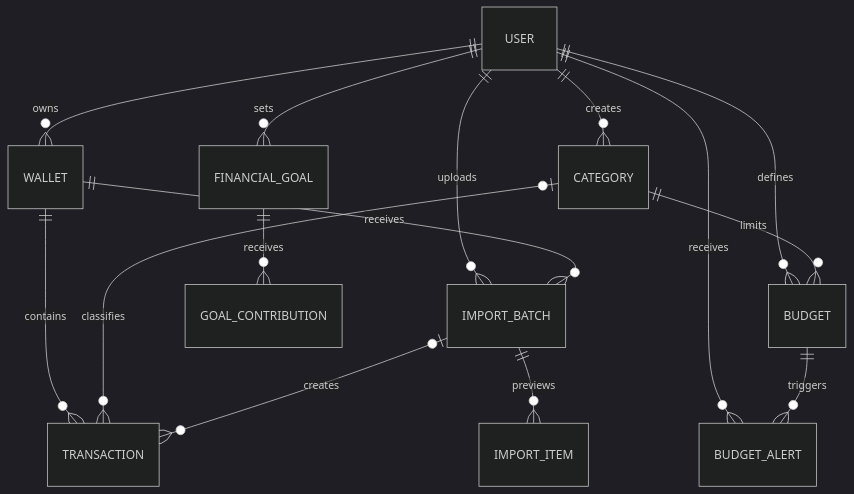
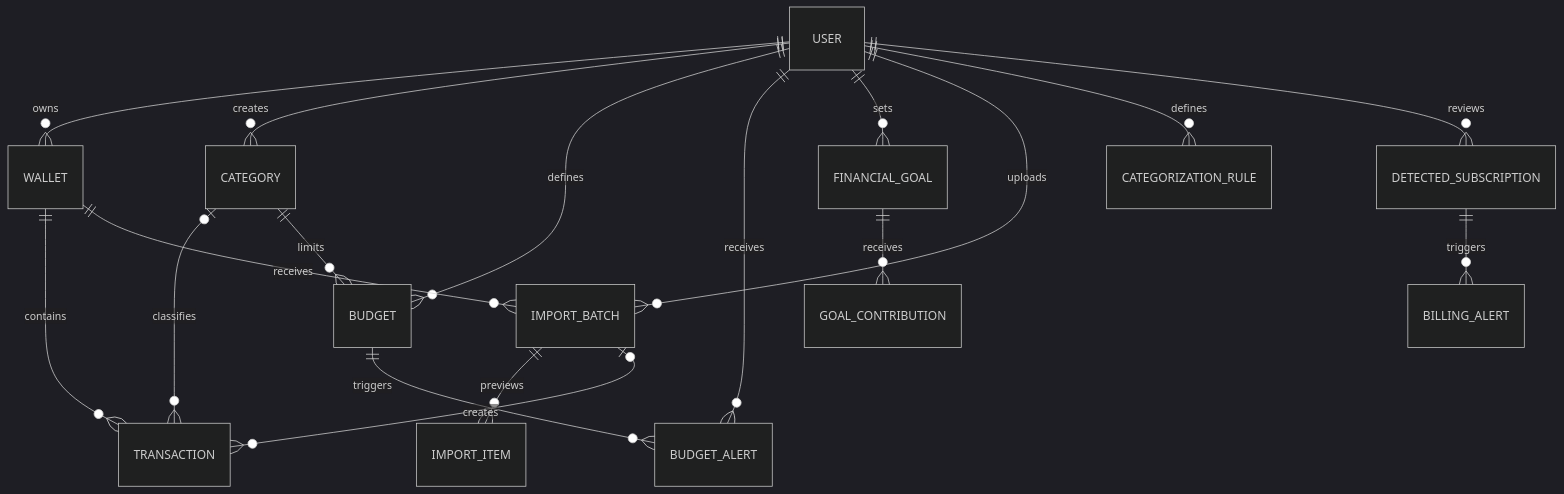
One commit to JoaoPSchiavoni/expenseTrackerBack changed the second of 2 diagrams in README.md. Above: the diagram before and after it, drawn with Mermaid (dark theme). The commit also changed other lines of this file and 23 other files, not shown here.

````diff
--- a/README.md
+++ b/README.md
@@ -80,17 +85,20 @@
 ```mermaid
 erDiagram
     USER ||--o{ WALLET : owns
     USER ||--o{ CATEGORY : creates
     USER ||--o{ BUDGET : defines
     USER ||--o{ BUDGET_ALERT : receives
     USER ||--o{ FINANCIAL_GOAL : sets
     USER ||--o{ IMPORT_BATCH : uploads
+    USER ||--o{ CATEGORIZATION_RULE : defines
+    USER ||--o{ DETECTED_SUBSCRIPTION : reviews
+    DETECTED_SUBSCRIPTION ||--o{ BILLING_ALERT : triggers
     WALLET ||--o{ TRANSACTION : contains
     WALLET ||--o{ IMPORT_BATCH : receives
     CATEGORY o|--o{ TRANSACTION : classifies
     CATEGORY ||--o{ BUDGET : limits
     BUDGET ||--o{ BUDGET_ALERT : triggers
     IMPORT_BATCH ||--o{ IMPORT_ITEM : previews
     IMPORT_BATCH o|--o{ TRANSACTION : creates
     FINANCIAL_GOAL ||--o{ GOAL_CONTRIBUTION : receives
 ```
````
